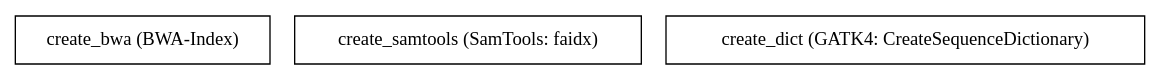
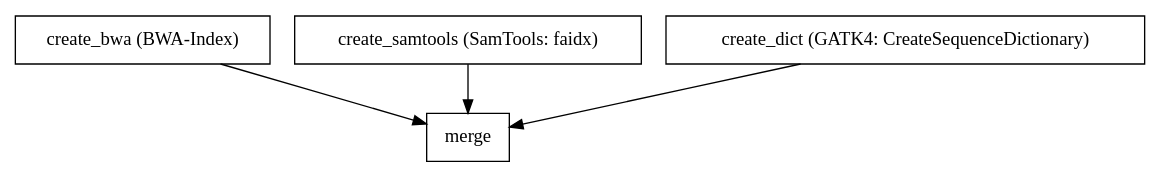
The diagram in docs/tools/bioinformatics/common/IndexFasta_1_0_0.dot (PMCC-BioinformaticsCore/janis), drawn with Graphviz before and after one commit. The commit also changed 542 other files, not shown here.

```diff
--- a/docs/tools/bioinformatics/common/IndexFasta_1_0_0.dot
+++ b/docs/tools/bioinformatics/common/IndexFasta_1_0_0.dot
@@ -1,7 +1,11 @@
 // Index Fasta reference
 digraph IndexFasta {
 	node [shape=record]
 	create_bwa [label="create_bwa (BWA-Index)"]
 	create_samtools [label="create_samtools (SamTools: faidx)"]
 	create_dict [label="create_dict (GATK4: CreateSequenceDictionary)"]
+	merge [label=merge]
+	create_bwa -> merge
+	create_dict -> merge
+	create_samtools -> merge
 }
```
